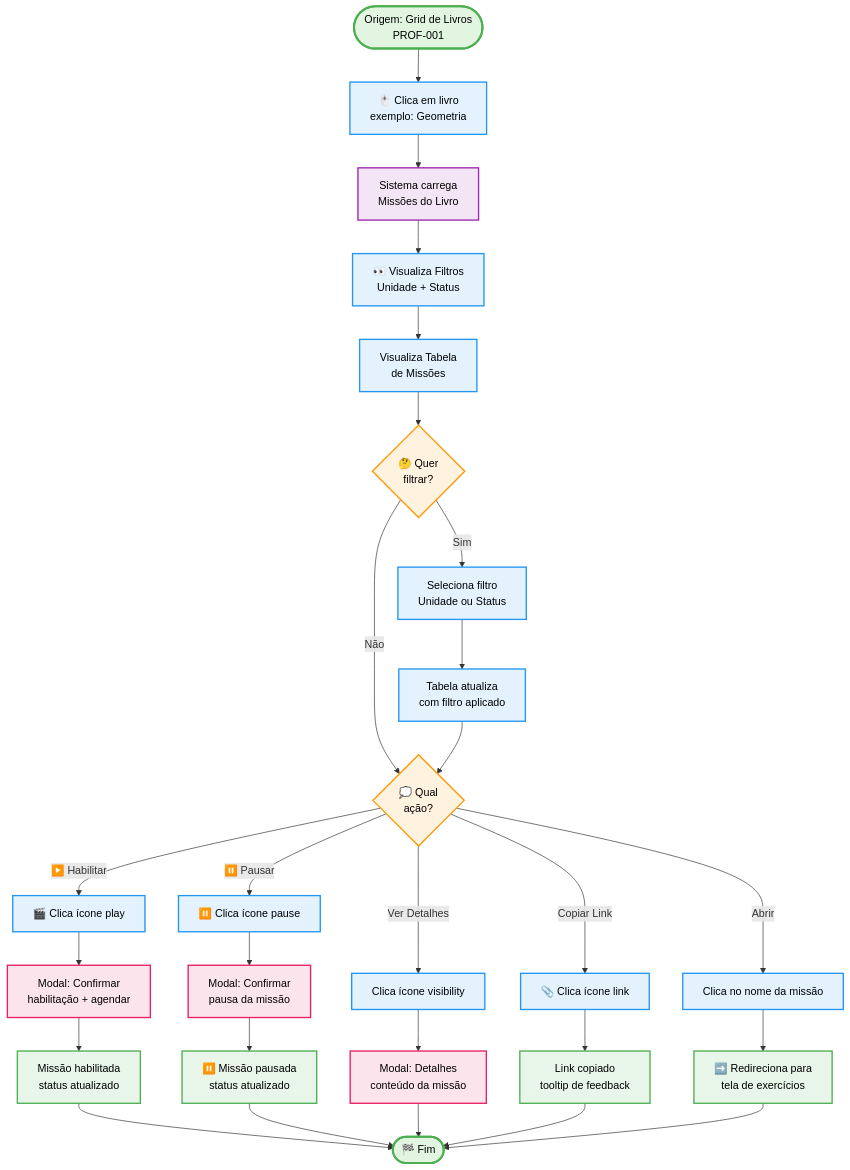
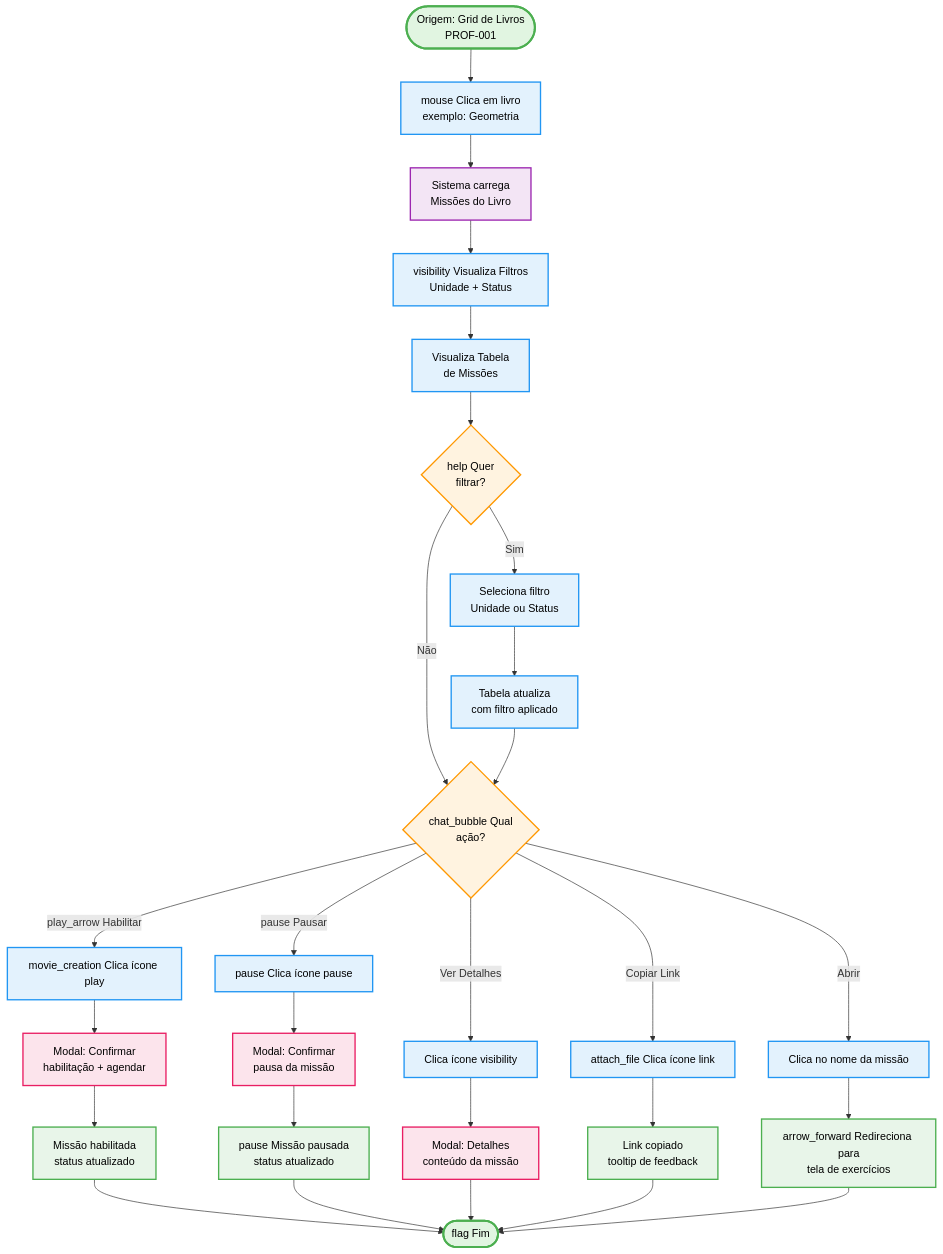
Before and after one commit to fabioeducacross/Ambiente_de_Prototipacao_V5: the diagram in documentation/docs/journeys/teacher/education-system-missions.md, drawn with Mermaid. The commit also changed other lines of this file and 46 other files, not shown here.

First line of the commit message:
feat: substitui emojis por Material Symbols icons na wiki

````diff
--- a/documentation/docs/journeys/teacher/education-system-missions.md
+++ b/documentation/docs/journeys/teacher/education-system-missions.md
@@ -82,52 +82,52 @@
 ```mermaid
 graph TD
-    Start([<IconBooks /> Origem: Grid de Livros<br/>PROF-001]) --> ClickBook[🖱️ Clica em livro<br/>exemplo: Geometria]
+    Start([<IconBooks /> Origem: Grid de Livros<br/>PROF-001]) --> ClickBook[<span class="material-symbols-outlined">mouse</span> Clica em livro<br/>exemplo: Geometria]
     ClickBook --> LoadMissions[<IconSettings /> Sistema carrega<br/>Missões do Livro]
-    LoadMissions --> ViewFilters[👀 Visualiza Filtros<br/>Unidade + Status]
+    LoadMissions --> ViewFilters[<span class="material-symbols-outlined">visibility</span> Visualiza Filtros<br/>Unidade + Status]
     ViewFilters --> ViewTable[<IconClipboard /> Visualiza Tabela<br/>de Missões]
     
-    ViewTable --> FilterDecision{🤔 Quer<br/>filtrar?}
+    ViewTable --> FilterDecision{<span class="material-symbols-outlined">help</span> Quer<br/>filtrar?}
     
     FilterDecision -->|<IconCheck /> Sim| SelectFilter[<IconSearch /> Seleciona filtro<br/>Unidade ou Status]
     SelectFilter --> UpdateTable[<IconRefresh /> Tabela atualiza<br/>com filtro aplicado]
     FilterDecision -->|<IconX /> Não| ActionDecision
-    UpdateTable --> ActionDecision{💭 Qual<br/>ação?}
+    UpdateTable --> ActionDecision{<span class="material-symbols-outlined">chat_bubble</span> Qual<br/>ação?}
     
-    ActionDecision -->|▶️ Habilitar| ActionEnable[🎬 Clica ícone play]
-    ActionDecision -->|⏸️ Pausar| ActionPause[⏸️ Clica ícone pause]
+    ActionDecision -->|<span class="material-symbols-outlined">play_arrow</span> Habilitar| ActionEnable[<span class="material-symbols-outlined">movie_creation</span> Clica ícone play]
+    ActionDecision -->|<span class="material-symbols-outlined">pause</span> Pausar| ActionPause[<span class="material-symbols-outlined">pause</span> Clica ícone pause]
     ActionDecision -->|<IconEye /> Ver Detalhes| ActionView[<IconSearch /> Clica ícone visibility]
-    ActionDecision -->|<IconLink /> Copiar Link| ActionLink[📎 Clica ícone link]
+    ActionDecision -->|<IconLink /> Copiar Link| ActionLink[<span class="material-symbols-outlined">attach_file</span> Clica ícone link]
     ActionDecision -->|<IconBookOpen /> Abrir| ActionOpen[<IconDocument /> Clica no nome da missão]
     
     ActionEnable --> ModalEnable[<IconEdit /> Modal: Confirmar<br/>habilitação + agendar]
     ModalEnable --> ResultEnable[<IconCheck /> Missão habilitada<br/>status atualizado]
     
     ActionPause --> ModalPause[<IconEdit /> Modal: Confirmar<br/>pausa da missão]
-    ModalPause --> ResultPause[⏸️ Missão pausada<br/>status atualizado]
+    ModalPause --> ResultPause[<span class="material-symbols-outlined">pause</span> Missão pausada<br/>status atualizado]
     
     ActionView --> ModalDetails[<IconDocument /> Modal: Detalhes<br/>conteúdo da missão]
     
     ActionLink --> ResultLink[<IconCheck /> Link copiado<br/>tooltip de feedback]
     
-    ActionOpen --> ResultRedirect[➡️ Redireciona para<br/>tela de exercícios]
+    ActionOpen --> ResultRedirect[<span class="material-symbols-outlined">arrow_forward</span> Redireciona para<br/>tela de exercícios]
     
-    ResultEnable --> End([🏁 Fim])
+    ResultEnable --> End([<span class="material-symbols-outlined">flag</span> Fim])
     ResultPause --> End
     ModalDetails --> End
     ResultLink --> End
     ResultRedirect --> End
     
     classDef startEnd fill:#e1f5e1,stroke:#4caf50,stroke-width:3px,color:#000
     classDef action fill:#e3f2fd,stroke:#2196f3,stroke-width:2px,color:#000
     classDef decision fill:#fff3e0,stroke:#ff9800,stroke-width:2px,color:#000
     classDef system fill:#f3e5f5,stroke:#9c27b0,stroke-width:2px,color:#000
     classDef modal fill:#fce4ec,stroke:#e91e63,stroke-width:2px,color:#000
     classDef success fill:#e8f5e9,stroke:#4caf50,stroke-width:2px,color:#000
     
     class Start,End startEnd
     class ClickBook,ViewFilters,ViewTable,SelectFilter,UpdateTable,ActionEnable,ActionPause,ActionView,ActionLink,ActionOpen action
     class FilterDecision,ActionDecision decision
     class LoadMissions system
     class ModalEnable,ModalPause,ModalDetails modal
     class ResultEnable,ResultPause,ResultLink,ResultRedirect success
 ```
````
